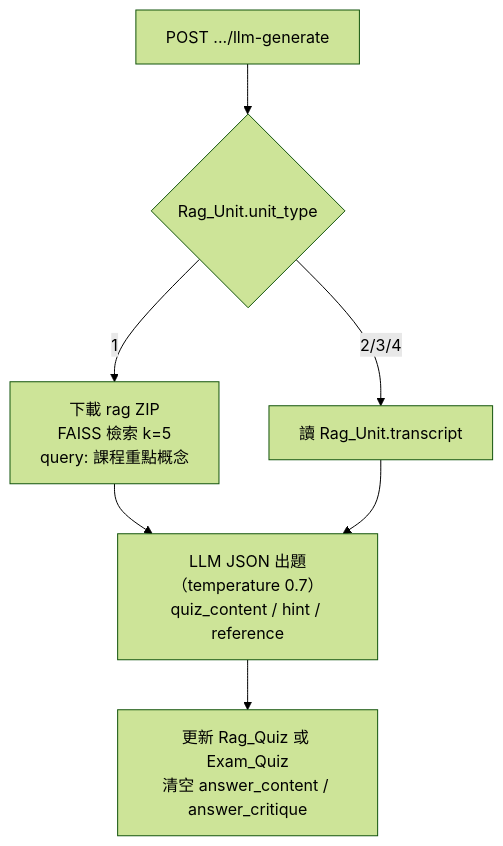
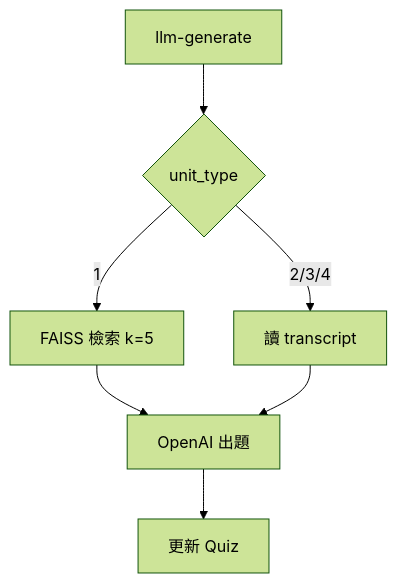
Before and after one commit to kevin7261/MyQuiz-ai-backend: the fifth of 6 diagrams in README.md, drawn with Mermaid (forest theme). The commit also changed other lines of this file and 5 other files, not shown here.

First line of the commit message:
Update README and Database Schema for Quiz Functionality Enhancements

````diff
--- a/README.md
+++ b/README.md
@@ -514,9 +550,9 @@
 ```mermaid
 flowchart TD
-    REQ["POST .../llm-generate"] --> UT{"Rag_Unit.unit_type"}
-    UT -->|1| FAISS["下載 rag ZIP<br/>FAISS 檢索 k=5<br/>query: 課程重點概念"]
-    UT -->|2/3/4| TR["讀 Rag_Unit.transcript"]
-    FAISS --> LLM["LLM JSON 出題（temperature 0.7）<br/>quiz_content / hint / reference"]
+    REQ[llm-generate] --> UT{unit_type}
+    UT -->|1| FAISS[FAISS 檢索 k=5]
+    UT -->|2/3/4| TR[讀 transcript]
+    FAISS --> LLM[OpenAI 出題]
     TR --> LLM
-    LLM --> DB["更新 Rag_Quiz 或 Exam_Quiz<br/>清空 answer_content / answer_critique"]
+    LLM --> DB[更新 Quiz]
 ```
````
